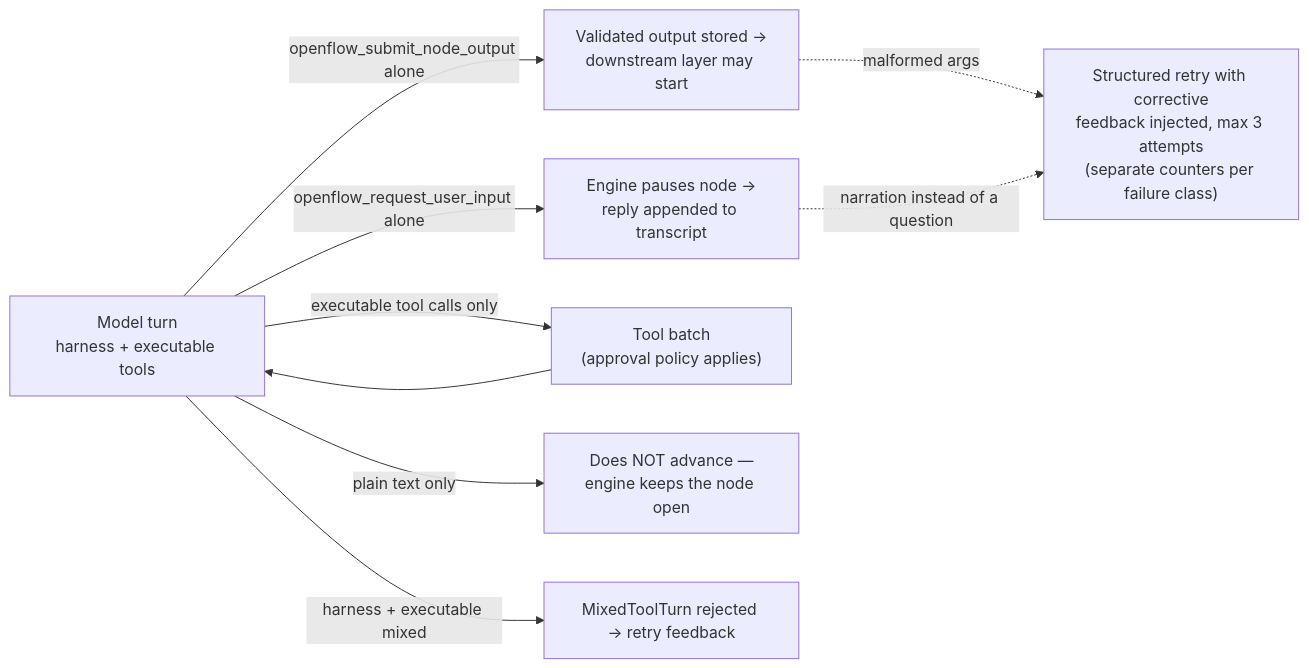
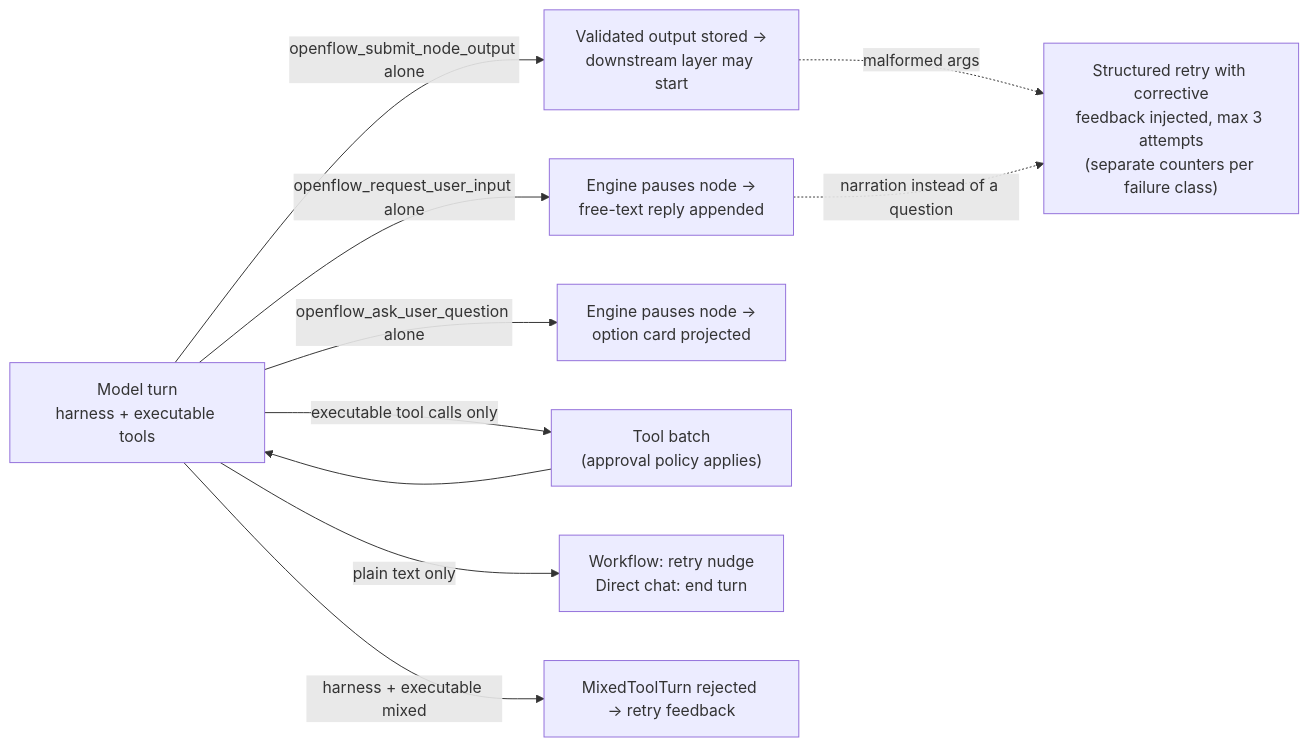
Before and after one commit to philbotar/OpenFlow: the seventh of 8 diagrams in docs/architecture/technical-overview.md, drawn with Mermaid. The commit also changed other lines of this file and 92 other files, not shown here.

````diff
--- a/docs/architecture/technical-overview.md
+++ b/docs/architecture/technical-overview.md
@@ -249,12 +250,13 @@
 ```mermaid
 flowchart LR
     Turn["Model turn<br/>harness + executable tools"] -->|"openflow_submit_node_output alone"| Submit["Validated output stored →<br/>downstream layer may start"]
-    Turn -->|"openflow_request_user_input alone"| Ask["Engine pauses node →<br/>reply appended to transcript"]
+    Turn -->|"openflow_request_user_input alone"| Ask["Engine pauses node →<br/>free-text reply appended"]
+    Turn -->|"openflow_ask_user_question alone"| Choices["Engine pauses node →<br/>option card projected"]
     Turn -->|"executable tool calls only"| ToolsB["Tool batch<br/>(approval policy applies)"]
     ToolsB --> Turn
-    Turn -->|"plain text only"| Nope["Does NOT advance —<br/>engine keeps the node open"]
+    Turn -->|"plain text only"| Nope["Workflow: retry nudge<br/>Direct chat: end turn"]
     Turn -->|"harness + executable mixed"| Reject["MixedToolTurn rejected → retry feedback"]
 
     Submit -.->|"malformed args"| Retry["Structured retry with corrective<br/>feedback injected, max 3 attempts<br/>(separate counters per failure class)"]
     Ask -.->|"narration instead of a question"| Retry
 ```
````
